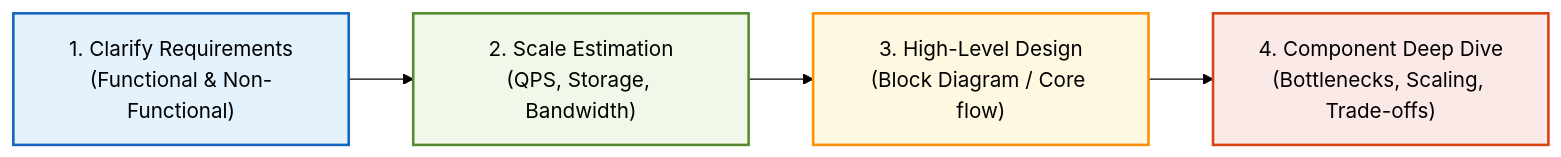
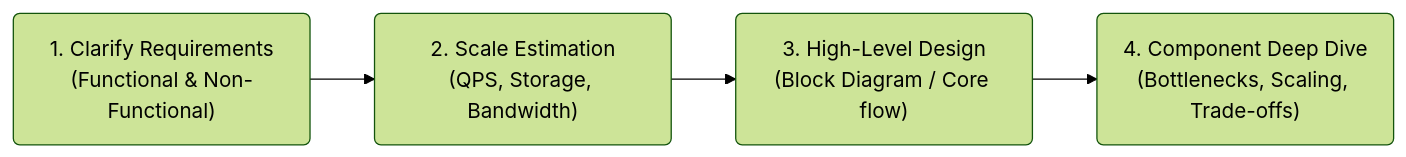
The first of 2 diagrams in basics/01_scalability_network.md (PKRacha/system-design), drawn with Mermaid (forest theme) before and after one commit. The commit also changed other lines of this file and 4 other files, not shown here.

Commit message:
docs: standardize all mermaid diagrams with curvy corners and default color styling

````diff
--- a/basics/01_scalability_network.md
+++ b/basics/01_scalability_network.md
@@ -11,11 +11,6 @@
 ```mermaid
 flowchart LR
-    A["1. Clarify Requirements<br>(Functional & Non-Functional)"] --> B["2. Scale Estimation<br>(QPS, Storage, Bandwidth)"]
-    B --> C["3. High-Level Design<br>(Block Diagram / Core flow)"]
-    C --> D["4. Component Deep Dive<br>(Bottlenecks, Scaling, Trade-offs)"]
-    
-    style A fill:#e3f2fd,stroke:#1565c0,stroke-width:2px;
-    style B fill:#f1f8e9,stroke:#558b2f,stroke-width:2px;
-    style C fill:#fff8e1,stroke:#ff8f00,stroke-width:2px;
-    style D fill:#fbe9e7,stroke:#d84315,stroke-width:2px;
+    A("1. Clarify Requirements<br>(Functional & Non-Functional)") --> B("2. Scale Estimation<br>(QPS, Storage, Bandwidth)")
+    B --> C("3. High-Level Design<br>(Block Diagram / Core flow)")
+    C --> D("4. Component Deep Dive<br>(Bottlenecks, Scaling, Trade-offs)")
 ```
````
